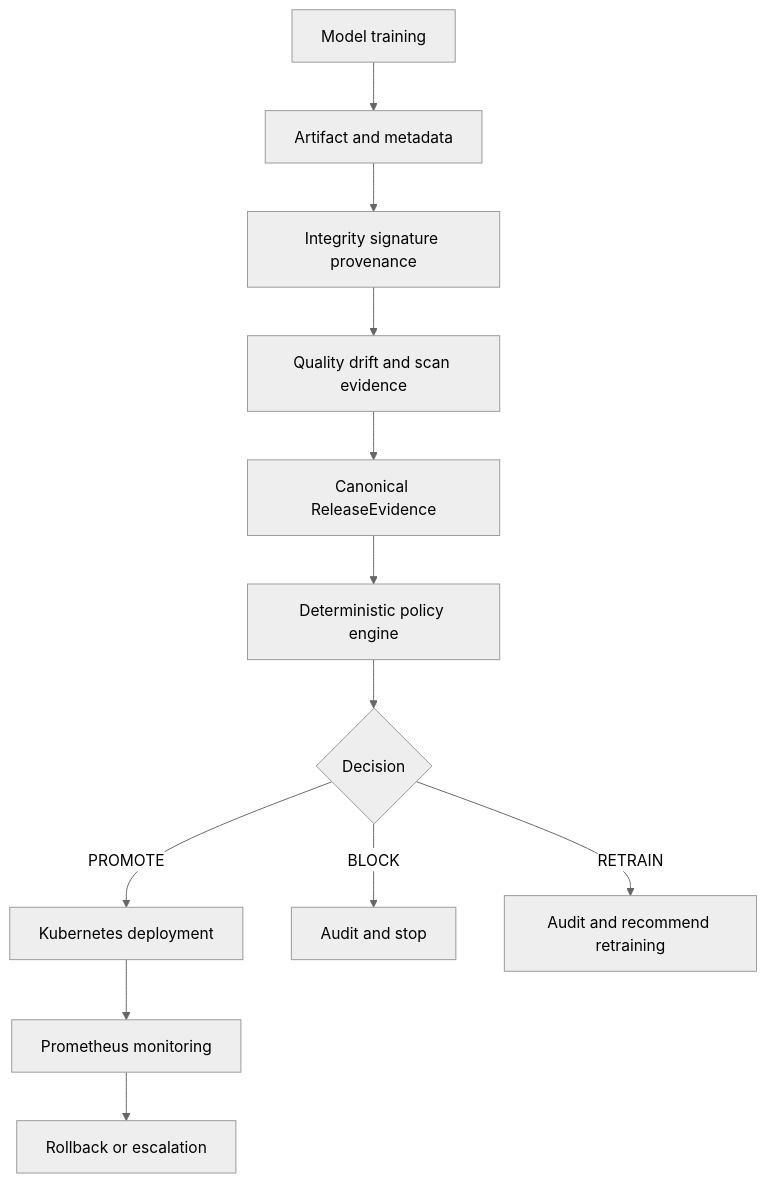
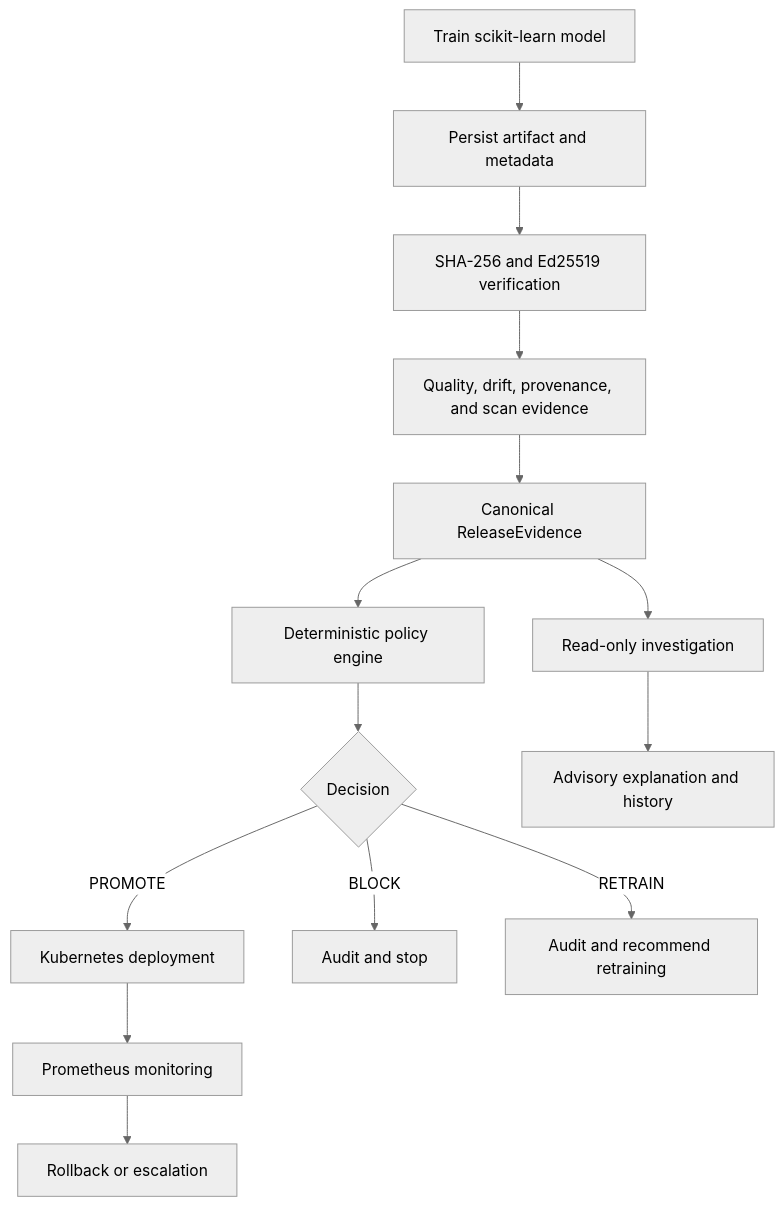
The diagram in README.md (sonalejayash/ModelShield), drawn with Mermaid (neutral theme) before and after one commit. The commit also changed other lines of this file and 1 other file, not shown here.

Commit message:
docs: add final portfolio polish and evidence

````diff
--- a/README.md
+++ b/README.md
@@ -176,14 +227,16 @@
 ```mermaid
 flowchart TD
-    A[Model training] --> B[Artifact and metadata]
-    B --> C[Integrity signature provenance]
-    C --> D[Quality drift and scan evidence]
-    D --> E[Canonical ReleaseEvidence]
-    E --> F[Deterministic policy engine]
-    F --> G{Decision}
-    G -->|PROMOTE| H[Kubernetes deployment]
-    G -->|BLOCK| I[Audit and stop]
-    G -->|RETRAIN| J[Audit and recommend retraining]
-    H --> K[Prometheus monitoring]
-    K --> L[Rollback or escalation]
+  A[Train scikit-learn model] --> B[Persist artifact and metadata]
+  B --> C[SHA-256 and Ed25519 verification]
+  C --> D[Quality, drift, provenance, and scan evidence]
+  D --> E[Canonical ReleaseEvidence]
+  E --> F[Deterministic policy engine]
+  F --> G{Decision}
+  G -->|PROMOTE| H[Kubernetes deployment]
+  G -->|BLOCK| I[Audit and stop]
+  G -->|RETRAIN| J[Audit and recommend retraining]
+  E --> M[Read-only investigation]
+  M --> N[Advisory explanation and history]
+  H --> K[Prometheus monitoring]
+  K --> L[Rollback or escalation]
 ```
````
